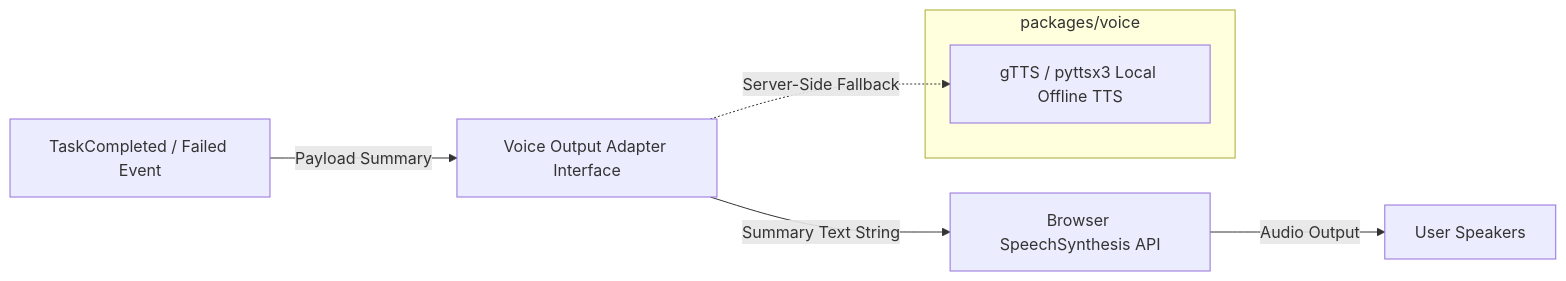
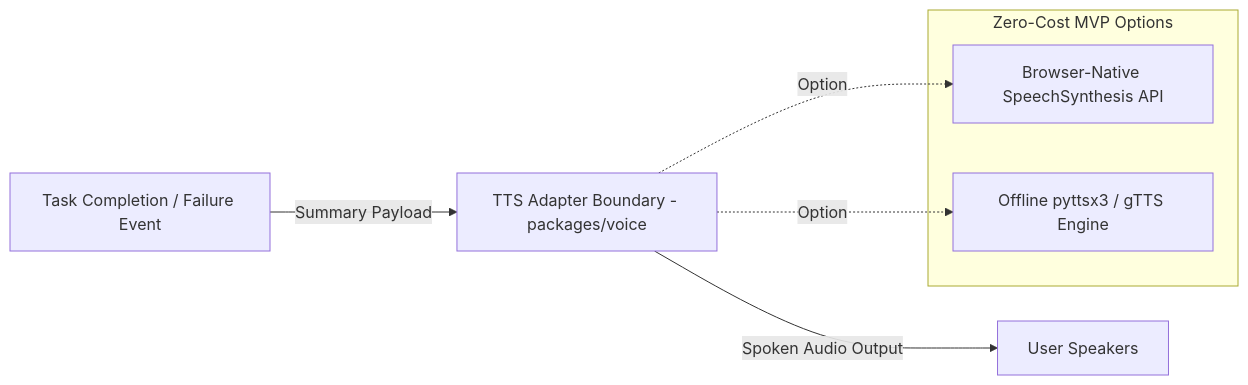
The second of 2 diagrams in docs/architecture/voice-architecture.md (Prempujara/edith), drawn with Mermaid before and after one commit. The commit also changed other lines of this file and 19 other files, not shown here.

Commit message:
docs: refine EDITH-001 architecture contracts and boundaries

````diff
--- a/docs/architecture/voice-architecture.md
+++ b/docs/architecture/voice-architecture.md
@@ -32,11 +34,12 @@
 ```mermaid
 graph LR
-    TaskEvent[TaskCompleted / Failed Event] -->|Payload Summary| VoiceAdapter[Voice Output Adapter Interface]
-    VoiceAdapter -->|Summary Text String| BrowserTTS[Browser SpeechSynthesis API]
-    BrowserTTS -->|Audio Output| Speaker[User Speakers]
+    TaskEvent[Task Completion / Failure Event] -->|Summary Payload| TTSAdapter[TTS Adapter Boundary - packages/voice]
+    TTSAdapter -->|Spoken Audio Output| Speaker[User Speakers]
 
-    subgraph Fallback TTS Adapters [packages/voice]
-        gTTS[gTTS / pyttsx3 Local Offline TTS]
+    subgraph Implementation Options [Zero-Cost MVP Options]
+        BrowserTTS[Browser-Native SpeechSynthesis API]
+        LocalTTS[Offline pyttsx3 / gTTS Engine]
     end
-    VoiceAdapter -.->|Server-Side Fallback| gTTS
+    TTSAdapter -.->|Option| BrowserTTS
+    TTSAdapter -.->|Option| LocalTTS
 ```
````
